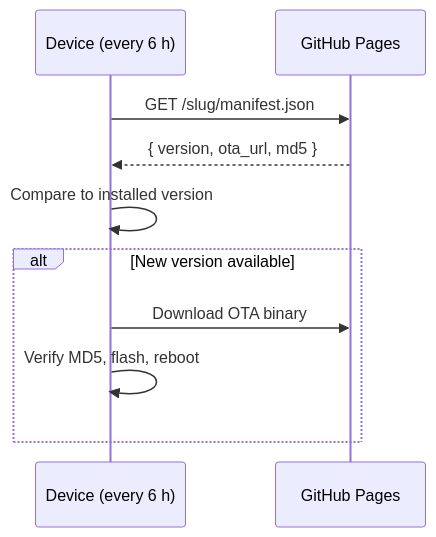
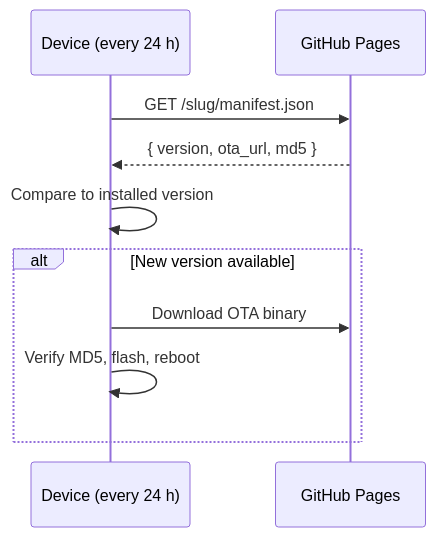
One commit to luukvisser/airgradient_esphome changed the diagram in docs/firmware.md. Above: the diagram before and after it, drawn with Mermaid. The commit also changed other lines of this file and 6 other files, not shown here.

````diff
--- a/docs/firmware.md
+++ b/docs/firmware.md
@@ -55,13 +56,13 @@
 ```mermaid
 sequenceDiagram
-    participant D as Device (every 6 h)
+    participant D as Device (every 24 h)
     participant P as GitHub Pages
 
     D->>P: GET /slug/manifest.json
     P-->>D: { version, ota_url, md5 }
     D->>D: Compare to installed version
     alt New version available
         D->>P: Download OTA binary
         D->>D: Verify MD5, flash, reboot
     end
 ```
````
